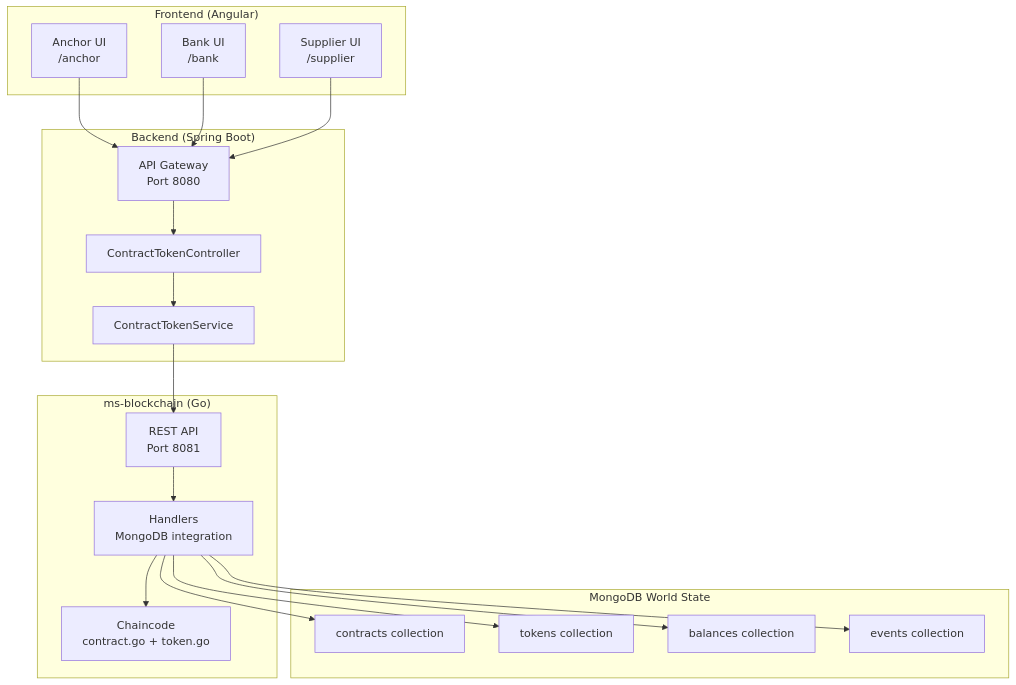
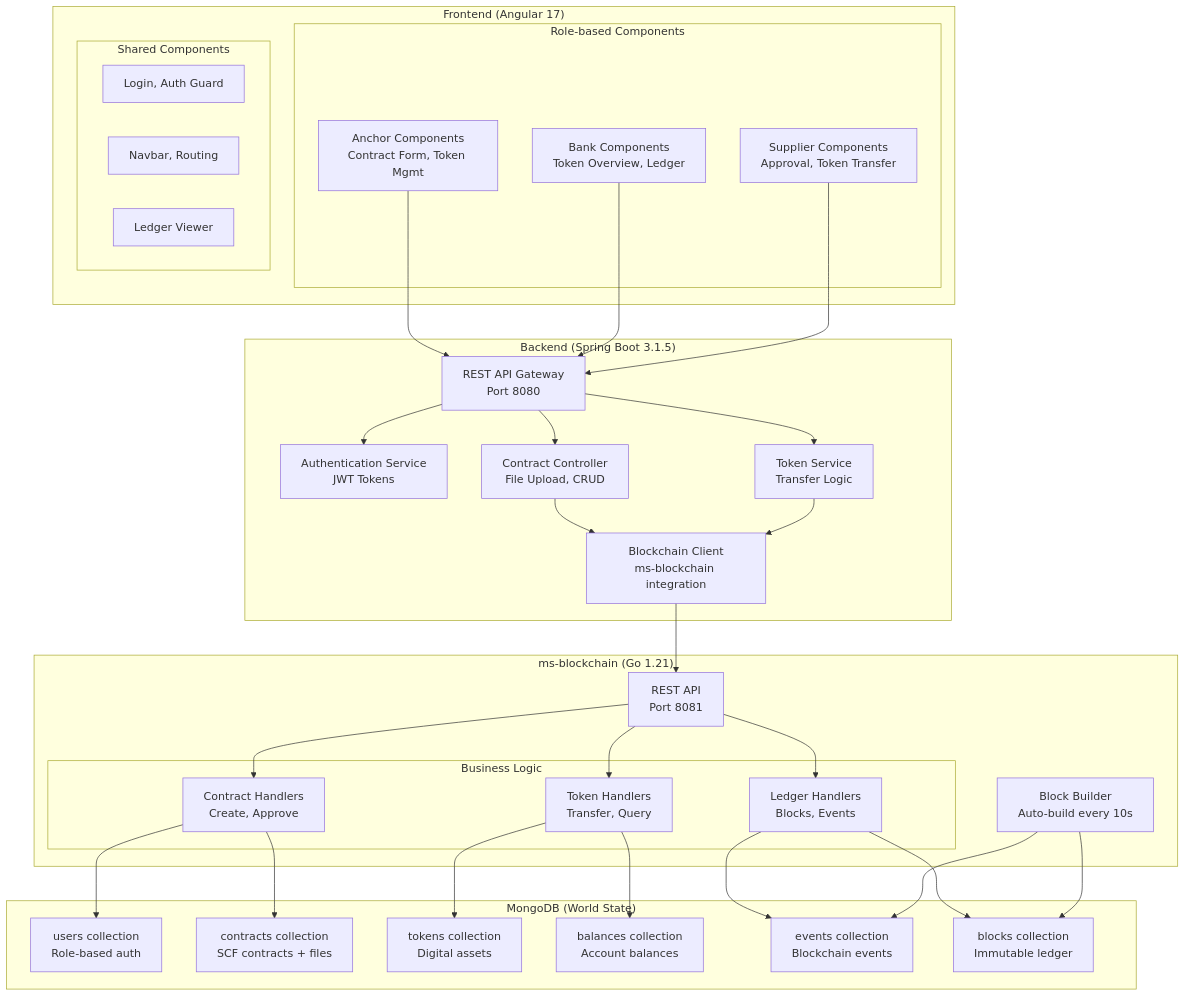
One commit to trunghc97/blockchain changed the first of 6 diagrams in SYSTEM_DIAGRAM.md. Above: the diagram before and after it, drawn with Mermaid. The commit also changed other lines of this file, not shown here.

````diff
--- a/SYSTEM_DIAGRAM.md
+++ b/SYSTEM_DIAGRAM.md
@@ -5,38 +13,67 @@
 ```mermaid
 graph TB
-    subgraph "Frontend (Angular)"
-        A[Anchor UI<br/>/anchor]
-        B[Bank UI<br/>/bank]
-        S[Supplier UI<br/>/supplier]
+    subgraph "Frontend (Angular 17)"
+        subgraph "Role-based Components"
+            ANC[Anchor Components<br/>Contract Form, Token Mgmt]
+            BNK[Bank Components<br/>Token Overview, Ledger]
+            SUP[Supplier Components<br/>Approval, Token Transfer]
+        end
+        subgraph "Shared Components"
+            AUTH[Login, Auth Guard]
+            NAV[Navbar, Routing]
+            LED[Ledger Viewer]
+        end
     end
 
-    subgraph "Backend (Spring Boot)"
-        API[API Gateway<br/>Port 8080]
-        CT[ContractTokenController]
-        CTS[ContractTokenService]
+    subgraph "Backend (Spring Boot 3.1.5)"
+        API[REST API Gateway<br/>Port 8080]
+        AUTH_S[Authentication Service<br/>JWT Tokens]
+        CONT[Contract Controller<br/>File Upload, CRUD]
+        TOK_S[Token Service<br/>Transfer Logic]
+        BC_C[Blockchain Client<br/>ms-blockchain integration]
     end
 
-    subgraph "ms-blockchain (Go)"
+    subgraph "ms-blockchain (Go 1.21)"
         REST[REST API<br/>Port 8081]
-        CC[Chaincode<br/>contract.go + token.go]
-        H[Handlers<br/>MongoDB integration]
+        subgraph "Business Logic"
+            CON_H[Contract Handlers<br/>Create, Approve]
+            TOK_H[Token Handlers<br/>Transfer, Query]
+            LED_H[Ledger Handlers<br/>Blocks, Events]
+        end
+        BLDR[Block Builder<br/>Auto-build every 10s]
     end
 
-    subgraph "MongoDB World State"
-        CON[contracts collection]
-        TOK[tokens collection]
-        BAL[balances collection]
-        EVT[events collection]
+    subgraph "MongoDB (World State)"
+        USR[users collection<br/>Role-based auth]
+        CON[contracts collection<br/>SCF contracts + files]
+        TOK[tokens collection<br/>Digital assets]
+        BAL[balances collection<br/>Account balances]
+        EVT[events collection<br/>Blockchain events]
+        BLK[blocks collection<br/>Immutable ledger]
     end
 
-    A --> API
-    B --> API
-    S --> API
+    ANC --> API
+    BNK --> API
+    SUP --> API
 
-    API --> CT --> CTS --> REST
-    REST --> H --> CC
-    H --> CON
-    H --> TOK
-    H --> BAL
-    H --> EVT
+    API --> AUTH_S
+    API --> CONT
+    API --> TOK_S
+    CONT --> BC_C
+    TOK_S --> BC_C
+
+    BC_C --> REST
+    REST --> CON_H
+    REST --> TOK_H
+    REST --> LED_H
+
+    CON_H --> USR
+    CON_H --> CON
+    TOK_H --> TOK
+    TOK_H --> BAL
+    LED_H --> EVT
+    LED_H --> BLK
+
+    BLDR --> EVT
+    BLDR --> BLK
 ```
````
